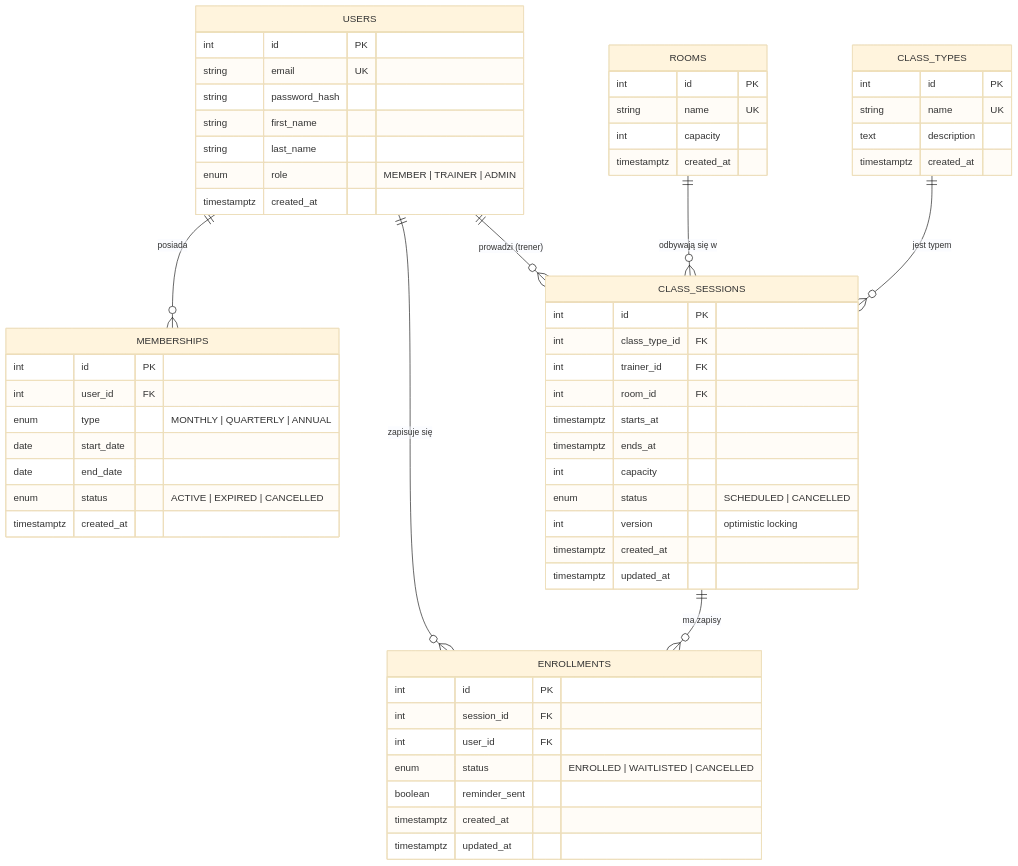
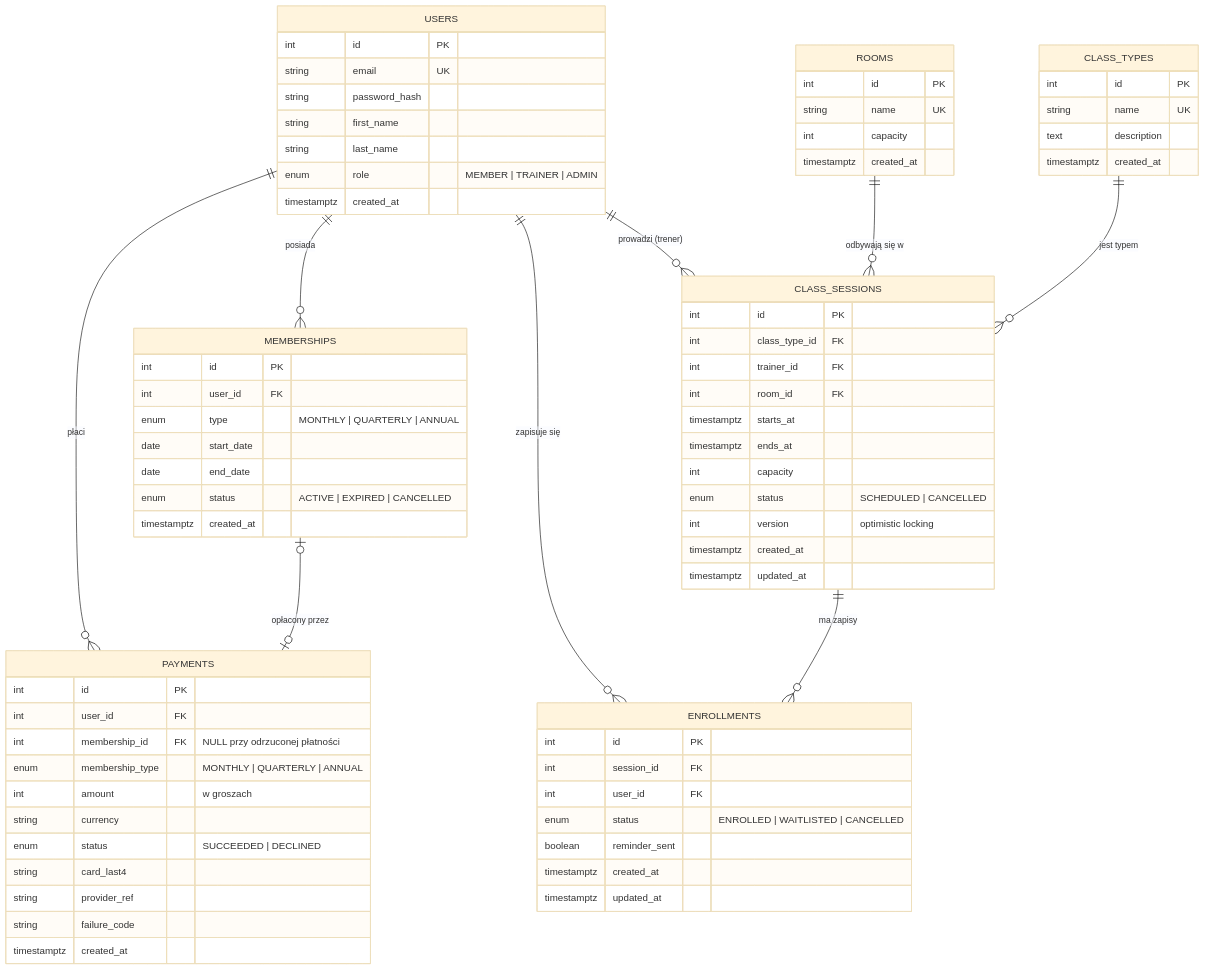
One commit to BartekSochacki/ZTPAI-2026 changed the diagram in docs/ERD.md. Above: the diagram before and after it, drawn with Mermaid (base theme). The commit also changed other lines of this file and 25 other files, not shown here.

````diff
--- a/docs/ERD.md
+++ b/docs/ERD.md
@@ -5,62 +5,77 @@
 ```mermaid
 erDiagram
     USERS ||--o{ MEMBERSHIPS : "posiada"
     USERS ||--o{ ENROLLMENTS : "zapisuje się"
     USERS ||--o{ CLASS_SESSIONS : "prowadzi (trener)"
     ROOMS ||--o{ CLASS_SESSIONS : "odbywają się w"
     CLASS_TYPES ||--o{ CLASS_SESSIONS : "jest typem"
     CLASS_SESSIONS ||--o{ ENROLLMENTS : "ma zapisy"
+    USERS ||--o{ PAYMENTS : "płaci"
+    MEMBERSHIPS |o--o| PAYMENTS : "opłacony przez"
 
     USERS {
         int id PK
         string email UK
         string password_hash
         string first_name
         string last_name
         enum role "MEMBER | TRAINER | ADMIN"
         timestamptz created_at
     }
     MEMBERSHIPS {
         int id PK
         int user_id FK
         enum type "MONTHLY | QUARTERLY | ANNUAL"
         date start_date
         date end_date
         enum status "ACTIVE | EXPIRED | CANCELLED"
         timestamptz created_at
     }
     ROOMS {
         int id PK
         string name UK
         int capacity
         timestamptz created_at
     }
     CLASS_TYPES {
         int id PK
         string name UK
         text description
         timestamptz created_at
     }
     CLASS_SESSIONS {
         int id PK
         int class_type_id FK
         int trainer_id FK
         int room_id FK
         timestamptz starts_at
         timestamptz ends_at
         int capacity
         enum status "SCHEDULED | CANCELLED"
         int version "optimistic locking"
         timestamptz created_at
         timestamptz updated_at
     }
     ENROLLMENTS {
         int id PK
         int session_id FK
         int user_id FK
         enum status "ENROLLED | WAITLISTED | CANCELLED"
         boolean reminder_sent
         timestamptz created_at
         timestamptz updated_at
     }
+    PAYMENTS {
+        int id PK
+        int user_id FK
+        int membership_id FK "NULL przy odrzuconej płatności"
+        enum membership_type "MONTHLY | QUARTERLY | ANNUAL"
+        int amount "w groszach"
+        string currency
+        enum status "SUCCEEDED | DECLINED"
+        string card_last4
+        string provider_ref
+        string failure_code
+        timestamptz created_at
+    }
 ```
````
